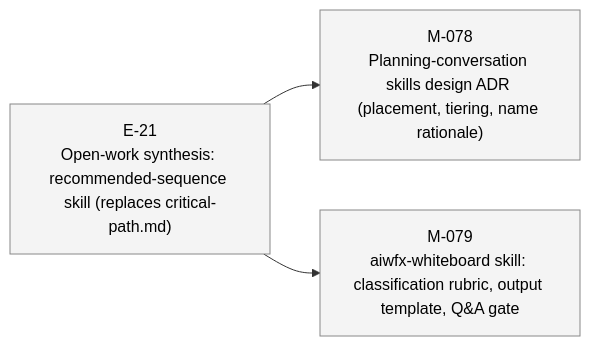
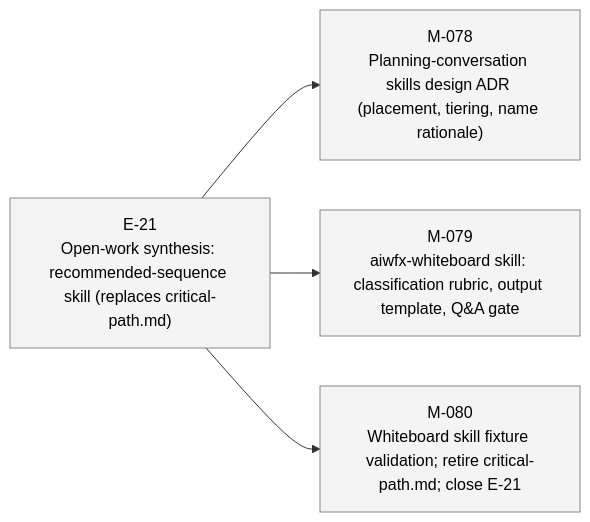
The third of 4 diagrams in STATUS.md (23min/aiwf), drawn with Mermaid before and after one commit. The commit also changed other lines of this file and 1 other file, not shown here.

First line of the commit message:
aiwf add milestone M-080 "Whiteboard skill fixture validation; retire critical-path.md; close E-21"

````diff
--- a/STATUS.md
+++ b/STATUS.md
@@ -69,14 +70,16 @@
 ```mermaid
 flowchart LR
   E_21["E-21<br/>Open-work synthesis: recommended-sequence skill (replaces critical-path.md)"]:::epic_proposed
   M_078["M-078<br/>Planning-conversation skills design ADR (placement, tiering, name rationale)"]:::ms_draft
   E_21 --> M_078
   M_079["M-079<br/>aiwfx-whiteboard skill: classification rubric, output template, Q&A gate"]:::ms_draft
   E_21 --> M_079
+  M_080["M-080<br/>Whiteboard skill fixture validation; retire critical-path.md; close E-21"]:::ms_draft
+  E_21 --> M_080
   classDef epic_active fill:#d6eaff,stroke:#1a73e8,color:#000
   classDef epic_proposed fill:#f4f4f4,stroke:#888,color:#000
   classDef ms_done fill:#d8f5d8,stroke:#2a8a2a,color:#000
   classDef ms_in_progress fill:#fff3c4,stroke:#caa400,color:#000
   classDef ms_draft fill:#f4f4f4,stroke:#888,color:#000
   classDef ms_cancelled fill:#fbeaea,stroke:#c33,color:#000
 ```
````
